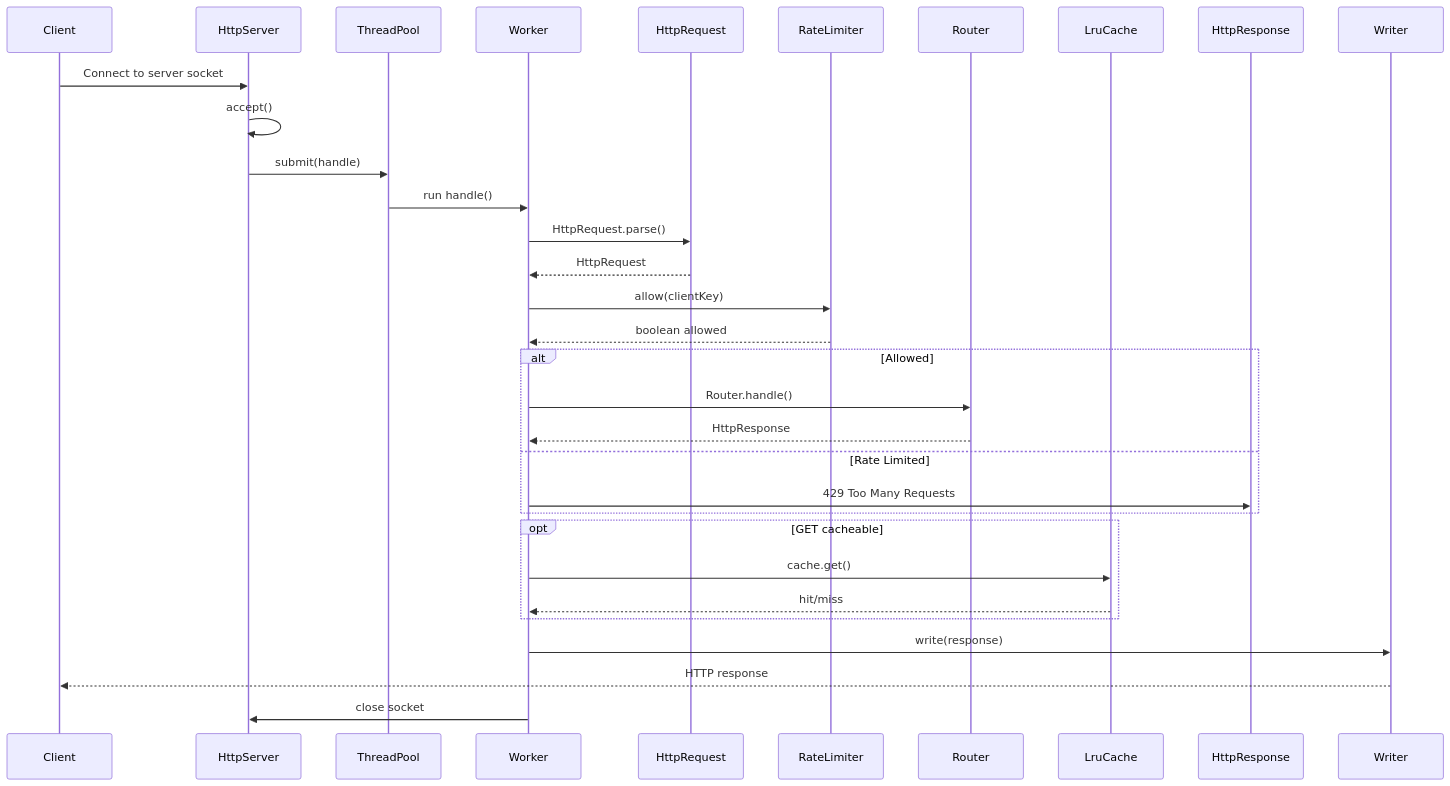
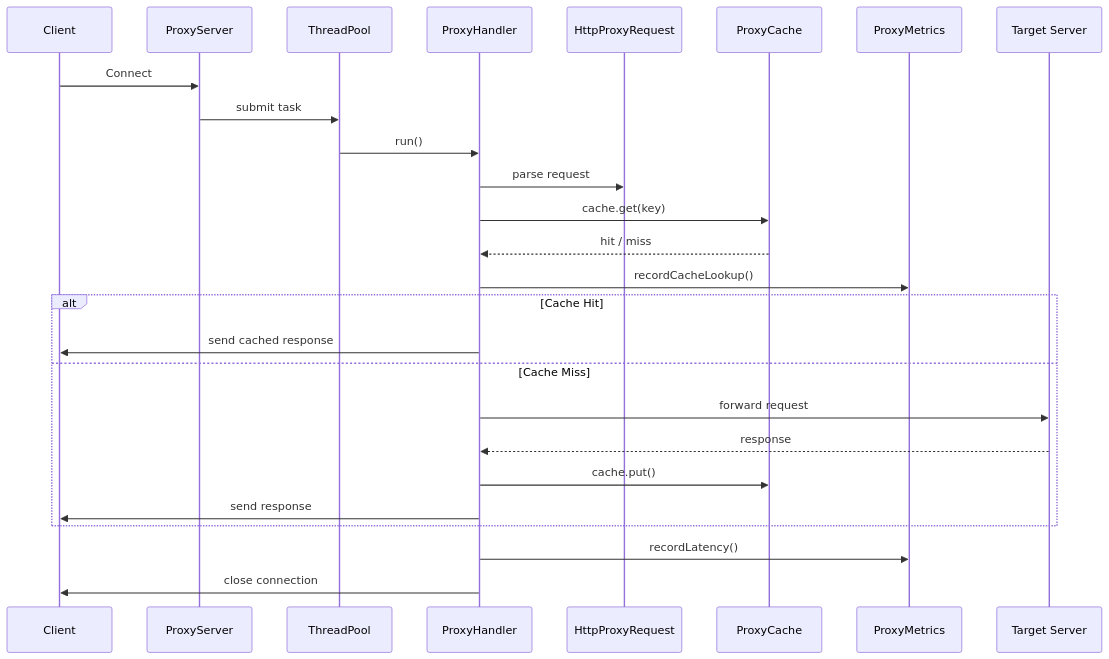
Before and after one commit to Sumit-22/Multithreaded-Proxy-Server: the first of 2 diagrams in readme.md, drawn with Mermaid. The commit also changed other lines of this file, not shown here.

````diff
--- a/readme.md
+++ b/readme.md
@@ -73,41 +139,32 @@
 ```mermaid
 sequenceDiagram
     participant C as Client
-    participant S as HttpServer
-    participant P as ThreadPool
-    participant H as Worker
-    participant RQ as HttpRequest
-    participant RL as RateLimiter
-    participant RT as Router
-    participant LC as LruCache
-    participant RS as HttpResponse
-    participant W as Writer
+    participant PS as ProxyServer
+    participant TP as ThreadPool
+    participant H as ProxyHandler
+    participant PR as HttpProxyRequest
+    participant PC as ProxyCache
+    participant PM as ProxyMetrics
+    participant TS as Target Server
 
-    C->>S: Connect to server socket
-    S->>S: accept()
-    S->>P: submit(handle)
-    P->>H: run handle()
+    C->>PS: Connect
+    PS->>TP: submit task
+    TP->>H: run()
 
-    H->>RQ: HttpRequest.parse()
-    RQ-->>H: HttpRequest
+    H->>PR: parse request
+    H->>PC: cache.get(key)
+    PC-->>H: hit / miss
+    H->>PM: recordCacheLookup()
 
-    H->>RL: allow(clientKey)
-    RL-->>H: boolean allowed
-
-    alt Allowed
-        H->>RT: Router.handle()
-        RT-->>H: HttpResponse
-    else Rate Limited
-        H->>RS: 429 Too Many Requests
+    alt Cache Hit
+        H->>C: send cached response
+    else Cache Miss
+        H->>TS: forward request
+        TS-->>H: response
+        H->>PC: cache.put()
+        H->>C: send response
     end
 
-    opt GET cacheable
-        H->>LC: cache.get()
-        LC-->>H: hit/miss
-    end
-
-    H->>W: write(response)
-    W-->>C: HTTP response
-
-    H->>S: close socket
+    H->>PM: recordLatency()
+    H->>C: close connection
 ```
````
